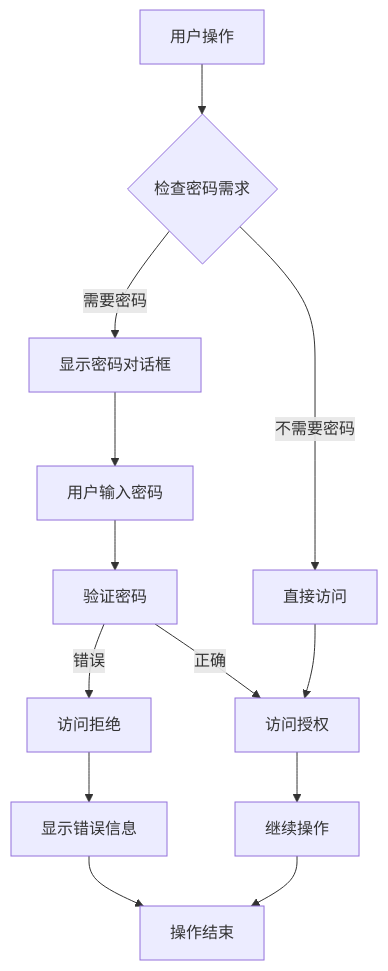
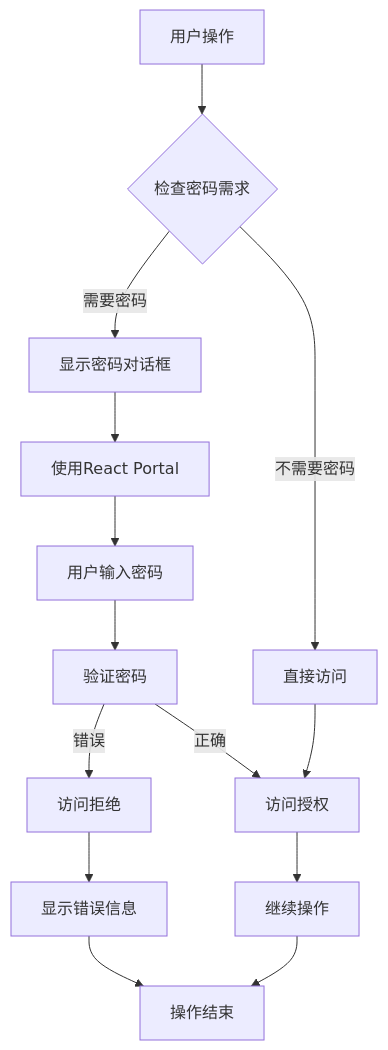
The ninth of 12 diagrams in .qoder/repowiki/zh/content/用户指南/数据管理/云同步集成.md (steveyu2/formula-mapper), drawn with Mermaid before and after one commit. The commit also changed other lines of this file and 12 other files, not shown here.

````diff
--- a/.qoder/repowiki/zh/content/用户指南/数据管理/云同步集成.md
+++ b/.qoder/repowiki/zh/content/用户指南/数据管理/云同步集成.md
@@ -474,15 +496,16 @@
 ```mermaid
 flowchart TD
 User[用户操作] --> CheckPassword{检查密码需求}
 CheckPassword --> |需要密码| ShowDialog[显示密码对话框]
 CheckPassword --> |不需要密码| DirectAccess[直接访问]
-ShowDialog --> InputPassword[用户输入密码]
+ShowDialog --> Portal[使用React Portal]
+Portal --> InputPassword[用户输入密码]
 InputPassword --> ValidatePassword[验证密码]
 ValidatePassword --> |正确| AccessGranted[访问授权]
 ValidatePassword --> |错误| AccessDenied[访问拒绝]
 DirectAccess --> AccessGranted
 AccessGranted --> Proceed[继续操作]
 AccessDenied --> ShowError[显示错误信息]
 ShowError --> End[操作结束]
 Proceed --> End
 ```
````
